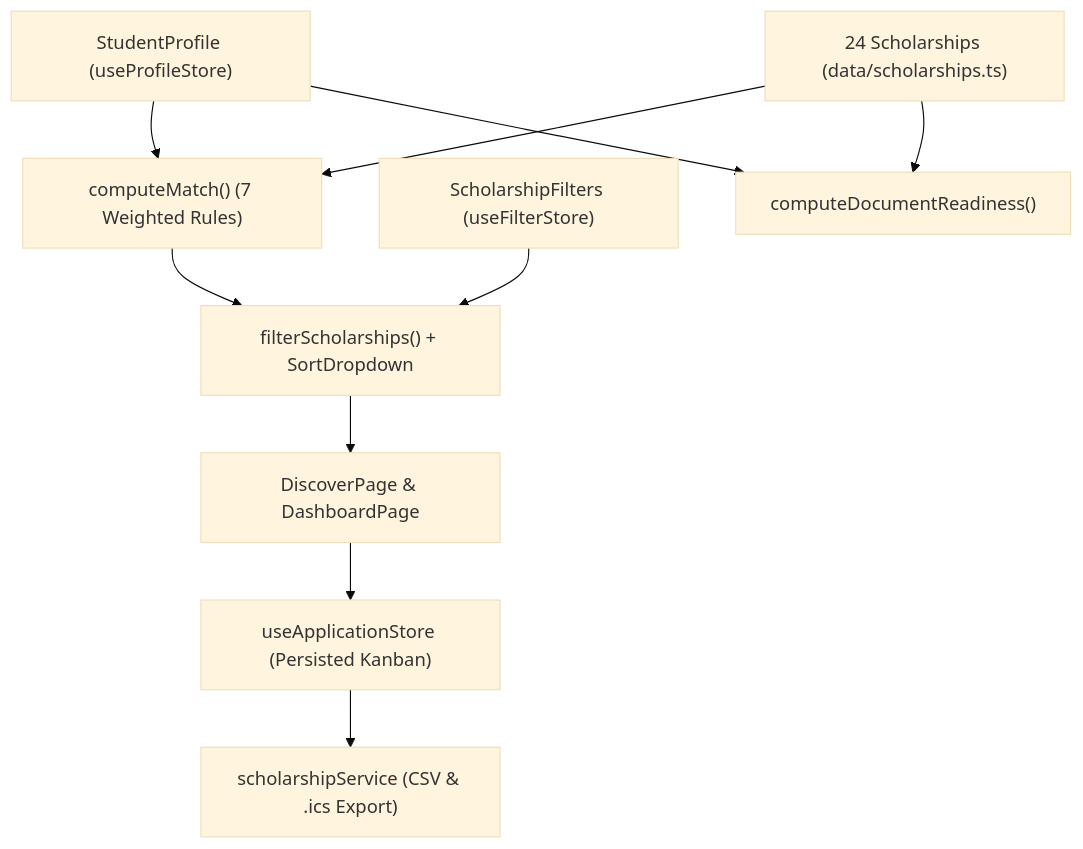
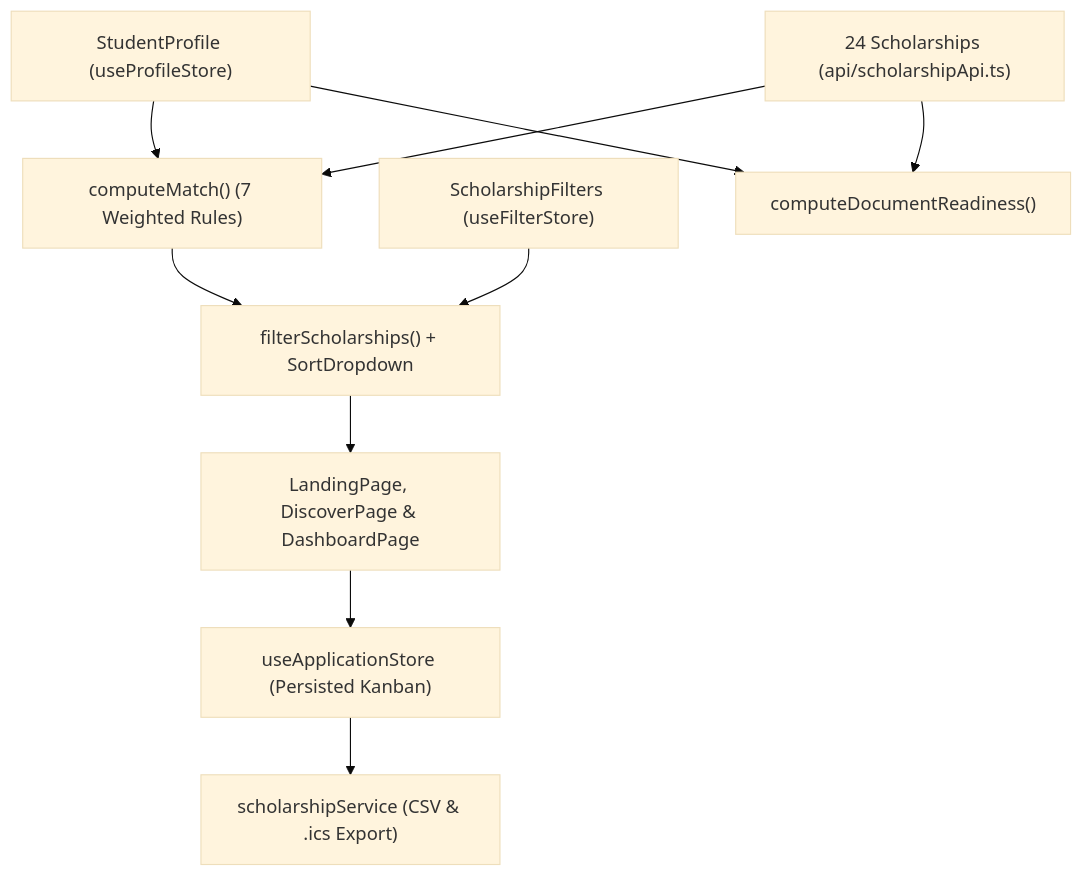
Before and after one commit to anshuvdebnath-cyber/OUTPOST-HACKATHON: the diagram in README.md, drawn with Mermaid (base theme). The commit also changed other lines of this file and 36 other files, not shown here.

Commit message:
feat(audit): maximize FQE v3.1 responsive, performance, architecture, code quality & tuition estimator

````diff
--- a/README.md
+++ b/README.md
@@ -42,12 +59,12 @@
 ```mermaid
 flowchart TD
   Profile["StudentProfile (useProfileStore)"] --> MatchEngine["computeMatch() (7 Weighted Rules)"]
-  Catalog["24 Scholarships (data/scholarships.ts)"] --> MatchEngine
+  Catalog["24 Scholarships (api/scholarshipApi.ts)"] --> MatchEngine
   MatchEngine --> FilterEngine["filterScholarships() + SortDropdown"]
   Filters["ScholarshipFilters (useFilterStore)"] --> FilterEngine
-  FilterEngine --> DiscoverUI["DiscoverPage & DashboardPage"]
+  FilterEngine --> Views["LandingPage, DiscoverPage & DashboardPage"]
   Catalog --> DocVault["computeDocumentReadiness()"]
   Profile --> DocVault
-  DiscoverUI --> TrackerStore["useApplicationStore (Persisted Kanban)"]
+  Views --> TrackerStore["useApplicationStore (Persisted Kanban)"]
   TrackerStore --> ExportService["scholarshipService (CSV & .ics Export)"]
 ```
````
